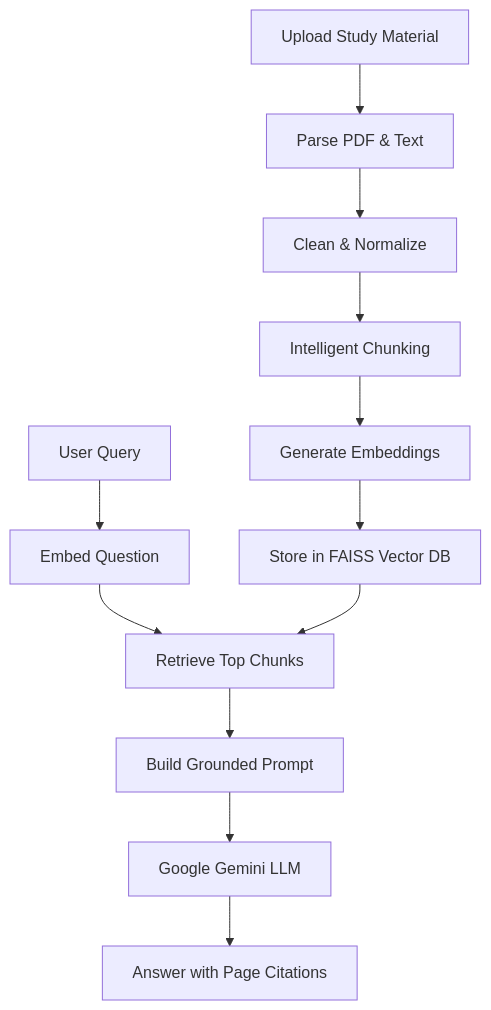
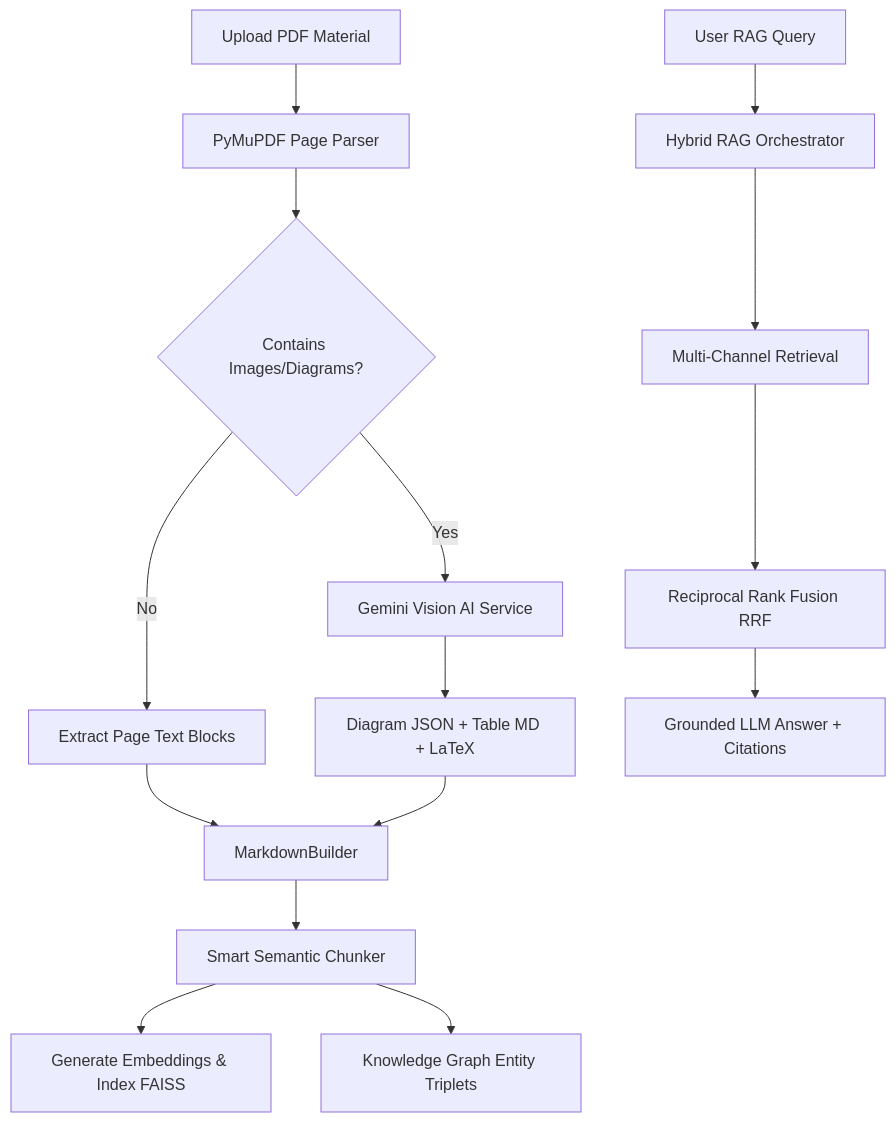
The diagram in README.md (Vishaldave45/ai-study-assistant), drawn with Mermaid before and after one commit. The commit also changed other lines of this file, not shown here.

Commit message:
docs: update README.md with Document Intelligence Engine v2 architecture & multimodal features

````diff
--- a/README.md
+++ b/README.md
@@ -137,15 +151,18 @@
 ```mermaid
 flowchart TD
 
-A[Upload Study Material] --> B[Parse PDF & Text]
-B --> C[Clean & Normalize]
-C --> D[Intelligent Chunking]
-D --> E[Generate Embeddings]
-E --> F[Store in FAISS Vector DB]
-G[User Query] --> H[Embed Question]
-H --> I[Retrieve Top Chunks]
-F --> I
-I --> J[Build Grounded Prompt]
-J --> K[Google Gemini LLM]
-K --> L[Answer with Page Citations]
+A[Upload PDF Material] --> B[PyMuPDF Page Parser]
+B --> C{Contains Images/Diagrams?}
+C -- Yes --> D[Gemini Vision AI Service]
+C -- No --> E[Extract Page Text Blocks]
+D --> F[Diagram JSON + Table MD + LaTeX]
+E --> G[MarkdownBuilder]
+F --> G
+G --> H[Smart Semantic Chunker]
+H --> I[Generate Embeddings & Index FAISS]
+H --> J[Knowledge Graph Entity Triplets]
+K[User RAG Query] --> L[Hybrid RAG Orchestrator]
+L --> M[Multi-Channel Retrieval]
+M --> N[Reciprocal Rank Fusion RRF]
+N --> O[Grounded LLM Answer + Citations]
 ```
````
